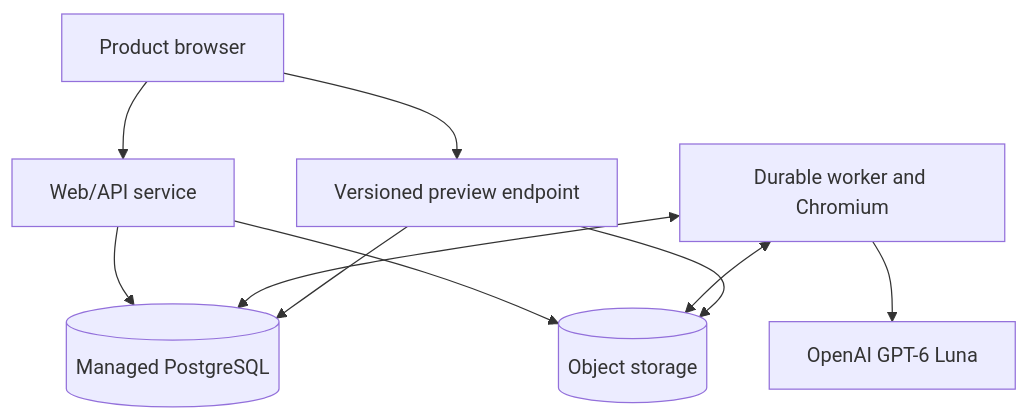
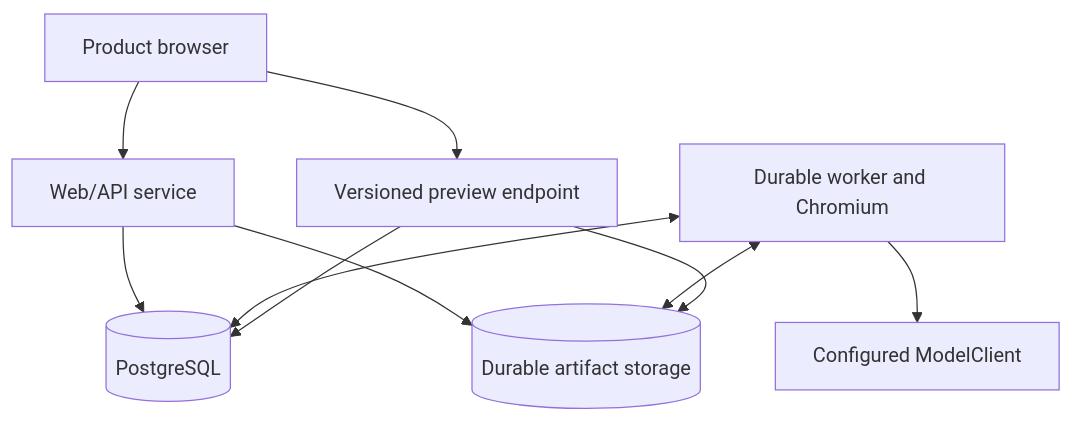
One commit to yashsrivastava0/OryxenAI changed the second of 2 diagrams in docs/architecture/10-proposed-resume-portfolio-system.md. Above: the diagram before and after it, drawn with Mermaid. The commit also changed other lines of this file and 6 other files, not shown here.

Commit message:
docs(architecture): refine portfolio research and agent contracts

````diff
--- a/docs/architecture/10-proposed-resume-portfolio-system.md
+++ b/docs/architecture/10-proposed-resume-portfolio-system.md
@@ -69,12 +72,12 @@
 ```mermaid
 flowchart TB
     Browser[Product browser] --> Web[Web/API service]
-    Web --> DB[(Managed PostgreSQL)]
-    Web --> Store[(Object storage)]
+    Web --> DB[(PostgreSQL)]
+    Web --> Store[(Durable artifact storage)]
     Worker[Durable worker and Chromium] <--> DB
     Worker <--> Store
-    Worker --> Luna[OpenAI GPT-6 Luna]
+    Worker --> Model[Configured ModelClient]
     Browser --> Preview[Versioned preview endpoint]
     Preview --> DB
     Preview --> Store
 ```
````
